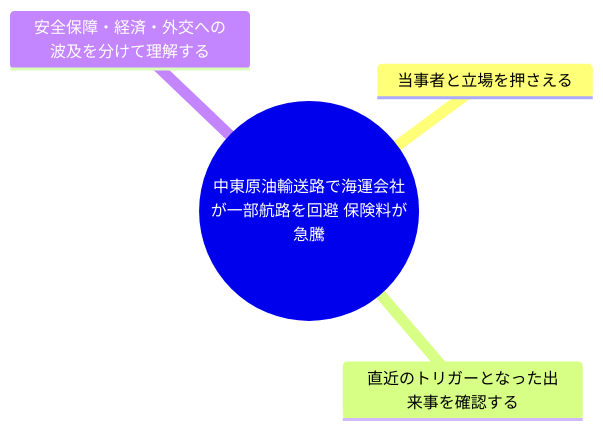
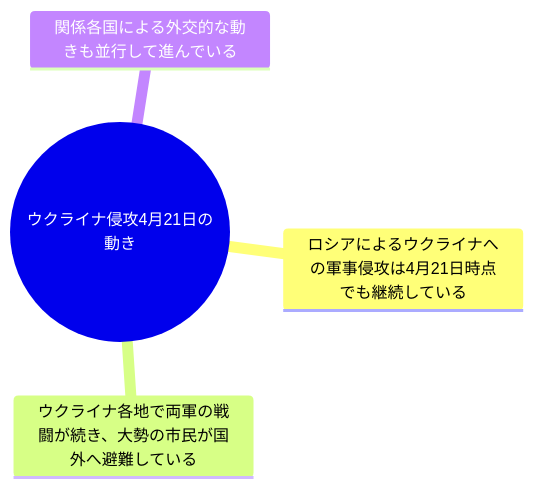
Before and after one commit to YUUUyutaro/tiseigaku: diagram 20 of 25 in docs/reports/2026-04-22.md, drawn with Mermaid. The commit also changed other lines of this file and 3 other files, not shown here.

````diff
--- a/docs/reports/2026-04-22.md
+++ b/docs/reports/2026-04-22.md
@@ -275,7 +359,7 @@
 ```mermaid
 mindmap
-  root((中東原油輸送路で海運会社が一部航路を回避 保険料が急騰))
-    当事者と立場を押さえる
-    直近のトリガーとなった出来事を確認する
-    安全保障・経済・外交への波及を分けて理解する
+  root((ウクライナ侵攻4月21日の動き))
+    ロシアによるウクライナへの軍事侵攻は4月21日時点でも継続している
+    ウクライナ各地で両軍の戦闘が続き、大勢の市民が国外へ避難している
+    関係各国による外交的な動きも並行して進んでいる
 ```
````
